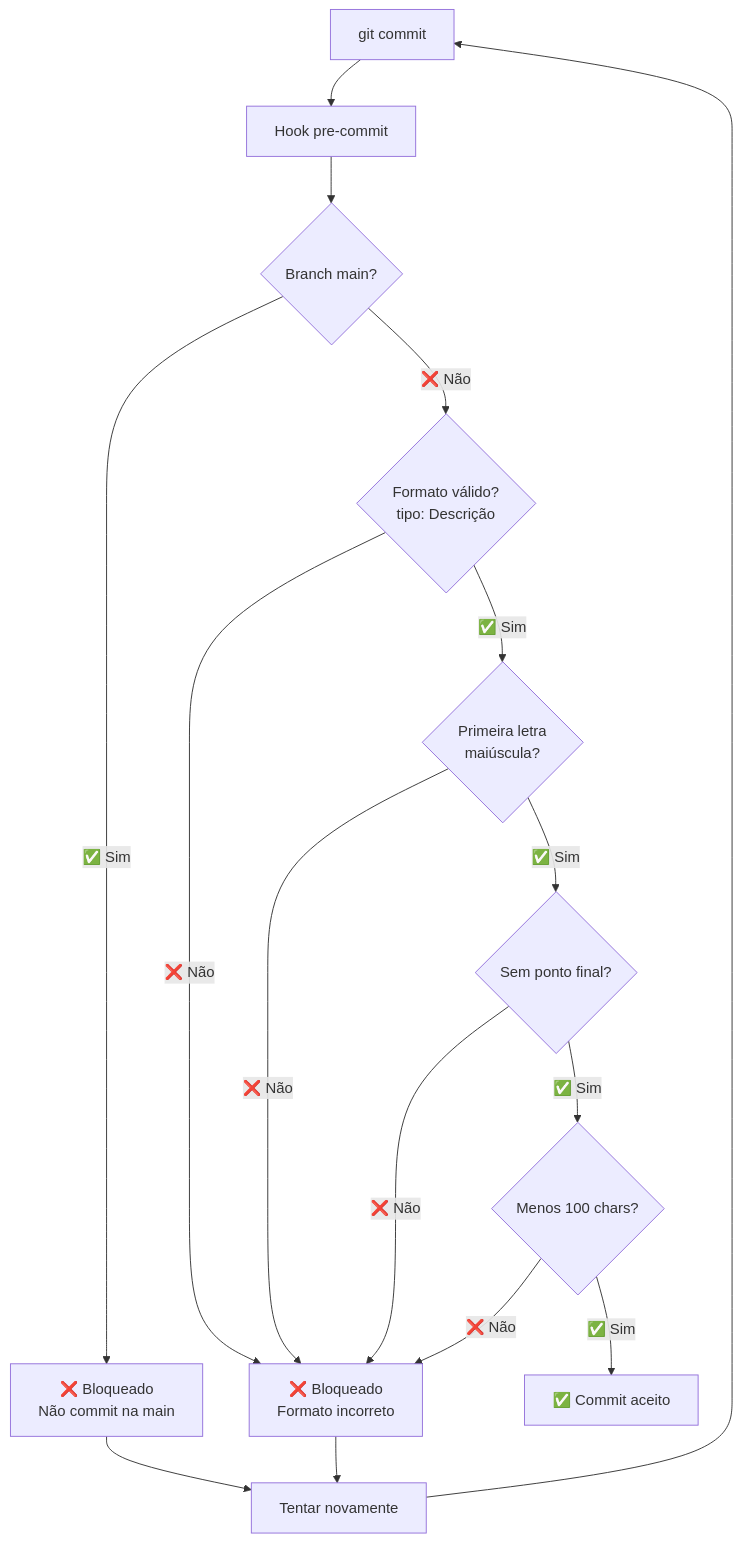
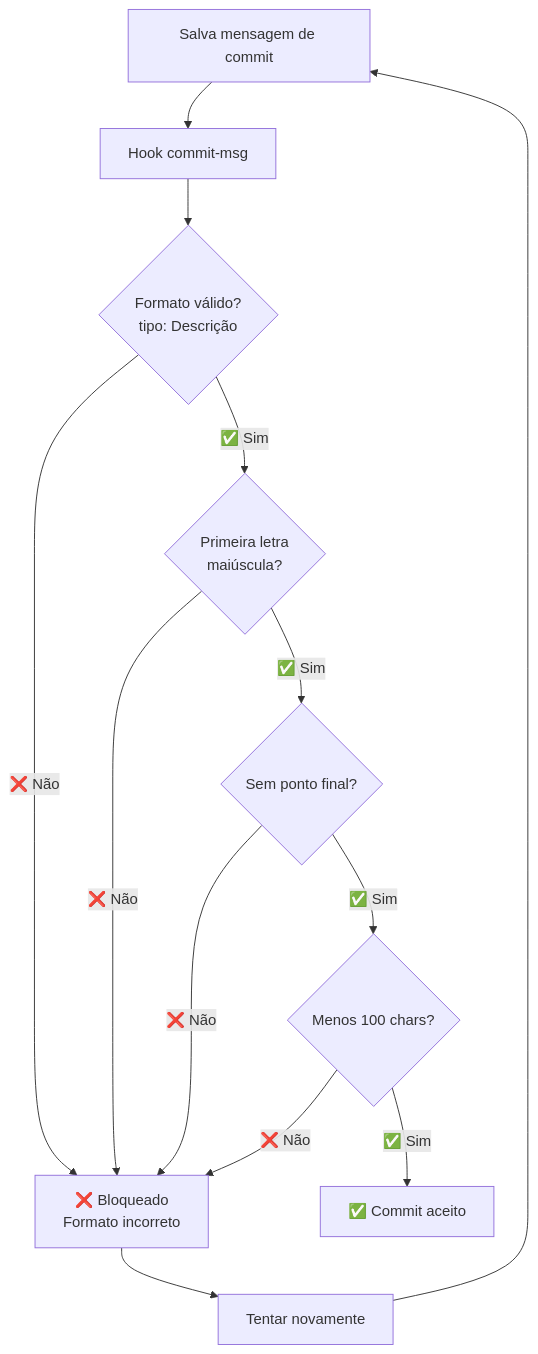
The eighth of 10 diagrams in docs/CI_FLOWCHART.md (jorelrx/PrismaPrimeMarketAPI), drawn with Mermaid before and after one commit. The commit also changed other lines of this file, not shown here.

Commit message:
feat: Update CI flowchart with pre-commit and commit-msg hook validation

````diff
--- a/docs/CI_FLOWCHART.md
+++ b/docs/CI_FLOWCHART.md
@@ -164,18 +176,15 @@
 ```mermaid
 flowchart TD
-    A[git commit] --> B[Hook pre-commit]
-    B --> C{Branch main?}
-    C -->|✅ Sim| D[❌ Bloqueado<br/>Não commit na main]
-    C -->|❌ Não| E{Formato válido?<br/>tipo: Descrição}
-    E -->|❌ Não| F[❌ Bloqueado<br/>Formato incorreto]
-    E -->|✅ Sim| G{Primeira letra<br/>maiúscula?}
-    G -->|❌ Não| F
-    G -->|✅ Sim| H{Sem ponto final?}
-    H -->|❌ Não| F
-    H -->|✅ Sim| I{Menos 100 chars?}
-    I -->|❌ Não| F
-    I -->|✅ Sim| J[✅ Commit aceito]
-    D --> K[Tentar novamente]
-    F --> K
-    K --> A
+    A[Salva mensagem de commit] --> B[Hook commit-msg]
+    B --> C{Formato válido?<br/>tipo: Descrição}
+    C -->|❌ Não| D[❌ Bloqueado<br/>Formato incorreto]
+    C -->|✅ Sim| E{Primeira letra<br/>maiúscula?}
+    E -->|❌ Não| D
+    E -->|✅ Sim| F{Sem ponto final?}
+    F -->|❌ Não| D
+    F -->|✅ Sim| G{Menos 100 chars?}
+    G -->|❌ Não| D
+    G -->|✅ Sim| H[✅ Commit aceito]
+    D --> I[Tentar novamente]
+    I --> A
 ```
````
